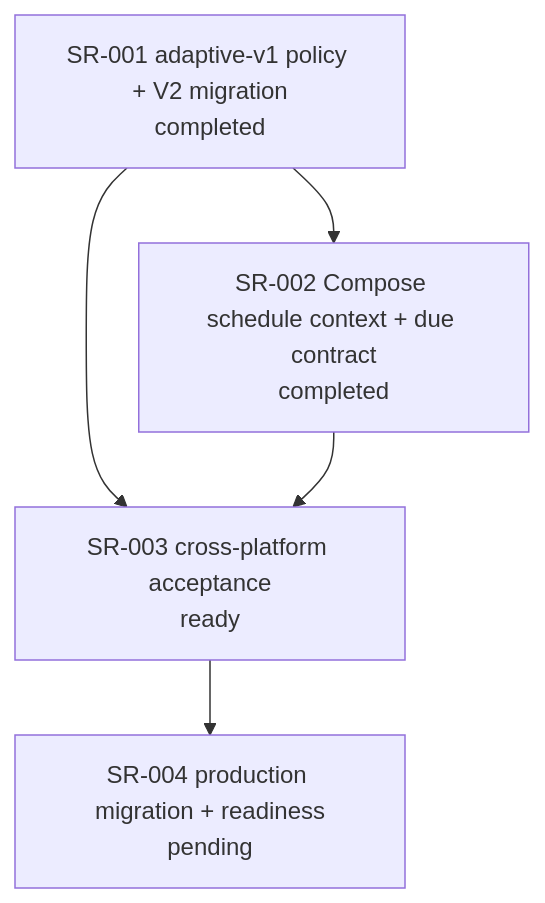
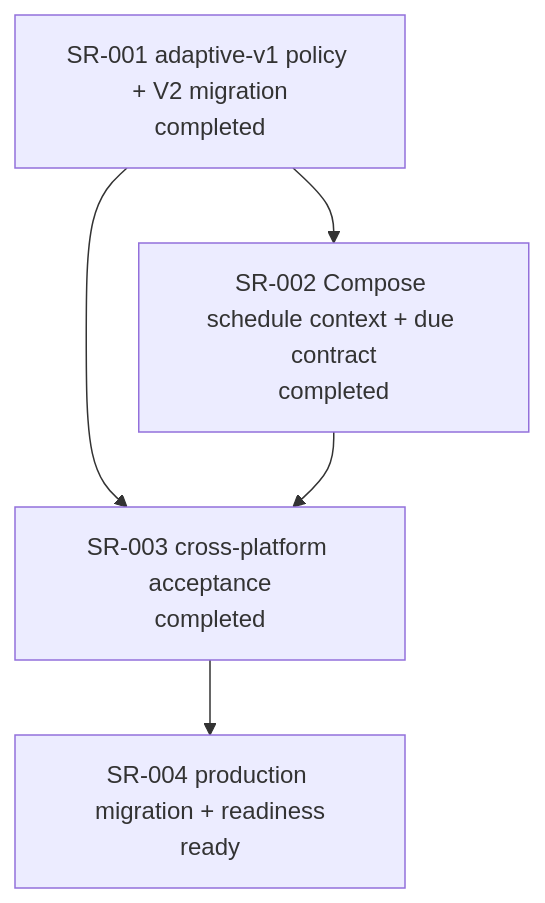
One commit to allenljf/algorithm-learning changed the sixth of 6 diagrams in agent-workflow/WORK_GRAPH.md. Above: the diagram before and after it, drawn with Mermaid. The commit also changed 8 other files, not shown here.

Commit message:
test: add cross-platform acceptance for adaptive review scheduling

````diff
--- a/agent-workflow/WORK_GRAPH.md
+++ b/agent-workflow/WORK_GRAPH.md
@@ -149,12 +149,12 @@
 ```mermaid
 flowchart TD
   S1[SR-001 adaptive-v1 policy + V2 migration\ncompleted]
   S2[SR-002 Compose schedule context + due contract\ncompleted]
-  S3[SR-003 cross-platform acceptance\nready]
-  S4[SR-004 production migration + readiness\npending]
+  S3[SR-003 cross-platform acceptance\ncompleted]
+  S4[SR-004 production migration + readiness\nready]
 
   S1 --> S2
   S1 --> S3
   S2 --> S3
   S3 --> S4
 ```
````
